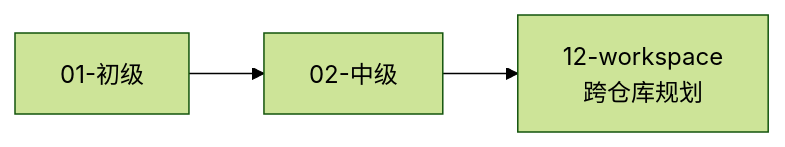
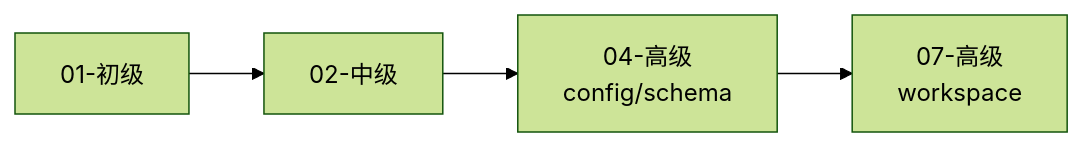
One commit to ethan-jiang-3/OpenSpec changed the fifth of 5 diagrams in _openspec_handbook/00-index.md. Above: the diagram before and after it, drawn with Mermaid (forest theme). The commit also changed other lines of this file and 12 other files, not shown here.

````diff
--- a/_openspec_handbook/00-index.md
+++ b/_openspec_handbook/00-index.md
@@ -90,4 +107,5 @@
 ```mermaid
 graph LR
-    A[01-初级] --> B[02-中级] --> C[12-workspace<br/>跨仓库规划]
+    A[01-初级] --> B[02-中级] --> C[04-高级<br/>config/schema]
+    C --> D[07-高级<br/>workspace]
 ```
````
